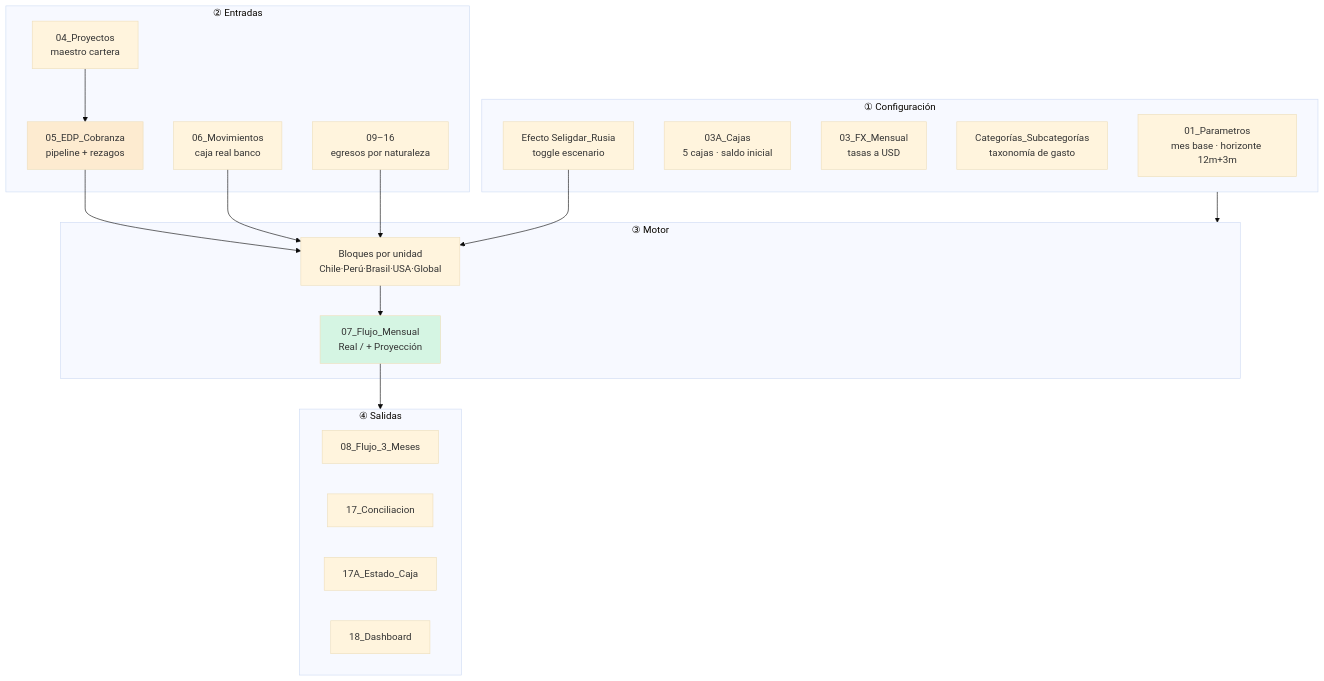
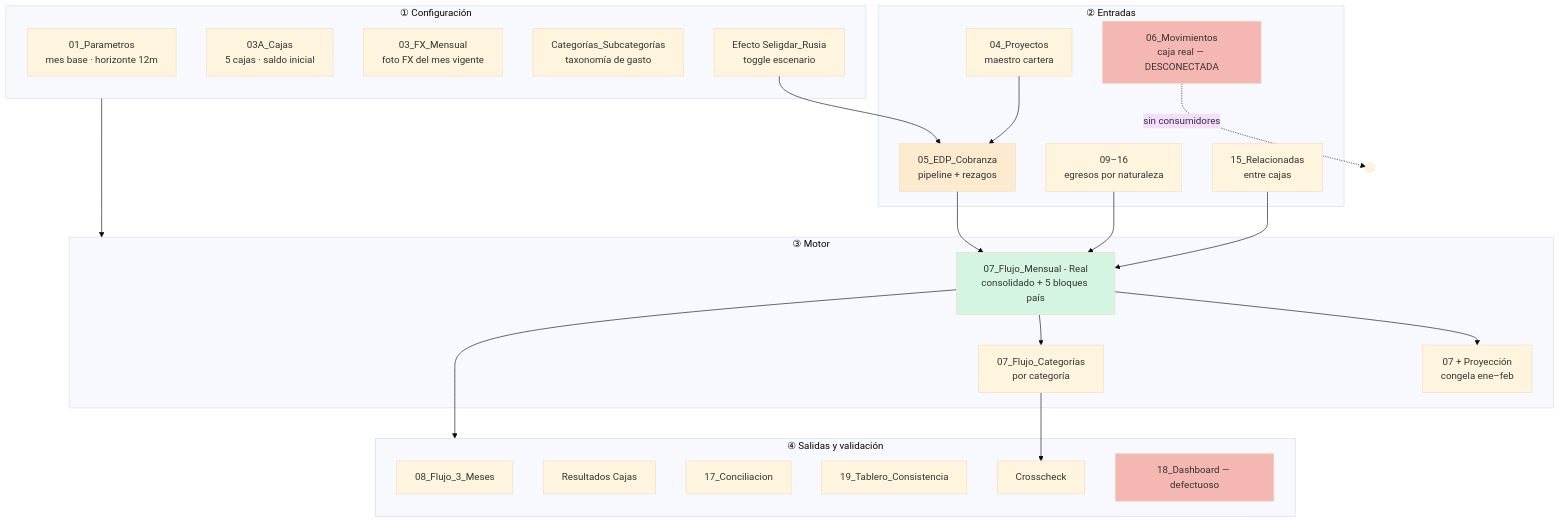
Before and after one commit to dcuerom/redco_proyect: the diagram in pilar_a/data/Archivos 2026/REPORTE_Modelo_Presupuesto_2026.md, drawn with Mermaid (base theme). The commit also changed other lines of this file and 10 other files, not shown here.

````diff
--- a/pilar_a/data/Archivos 2026/REPORTE_Modelo_Presupuesto_2026.md
+++ b/pilar_a/data/Archivos 2026/REPORTE_Modelo_Presupuesto_2026.md
@@ -46,34 +95,42 @@
 ```mermaid
 flowchart TB
     subgraph CFG["① Configuración"]
-        P[01_Parametros<br/>mes base · horizonte 12m+3m]
+        P[01_Parametros<br/>mes base · horizonte 12m]
         CJ[03A_Cajas<br/>5 cajas · saldo inicial]
-        FX[03_FX_Mensual<br/>tasas a USD]
+        FX[03_FX_Mensual<br/>foto FX del mes vigente]
         CAT[Categorías_Subcategorías<br/>taxonomía de gasto]
         SEL[Efecto Seligdar_Rusia<br/>toggle escenario]
     end
     subgraph IN["② Entradas"]
         PR[04_Proyectos<br/>maestro cartera]
         EDP[05_EDP_Cobranza<br/>pipeline + rezagos]
-        MOV[06_Movimientos<br/>caja real banco]
+        MOV[06_Movimientos<br/>caja real — DESCONECTADA]
         EG[09–16<br/>egresos por naturaleza]
+        REL[15_Relacionadas<br/>entre cajas]
     end
     subgraph ENG["③ Motor"]
-        UNI[Bloques por unidad<br/>Chile·Perú·Brasil·USA·Global]
-        F07[07_Flujo_Mensual<br/>Real / + Proyección]
+        F07[07_Flujo_Mensual - Real<br/>consolidado + 5 bloques país]
+        PROY[07 + Proyección<br/>congela ene–feb]
+        CATf[07_Flujo_Categorías<br/>por categoría]
     end
-    subgraph OUT["④ Salidas"]
+    subgraph OUT["④ Salidas y validación"]
         F3[08_Flujo_3_Meses]
+        RC[Resultados Cajas]
         CON[17_Conciliacion]
-        EC[17A_Estado_Caja]
-        DASH[18_Dashboard]
+        T19[19_Tablero_Consistencia]
+        CX[Crosscheck]
+        DASH[18_Dashboard — defectuoso]
     end
     CFG --> ENG
-    PR --> EDP --> UNI
-    MOV --> UNI
-    EG --> UNI
-    SEL --> UNI
-    UNI --> F07 --> OUT
+    PR --> EDP --> F07
+    EG --> F07
+    REL --> F07
+    SEL --> EDP
+    F07 --> PROY & CATf & OUT
+    CATf --> CX
+    MOV -. "sin consumidores" .-> X((  ))
     style F07 fill:#d5f5e3
     style EDP fill:#fdebd0
+    style MOV fill:#f5b7b1
+    style DASH fill:#f5b7b1
 ```
````
